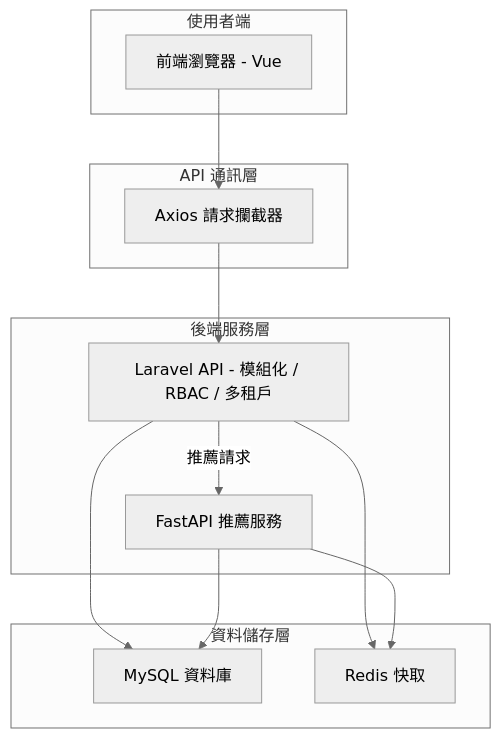
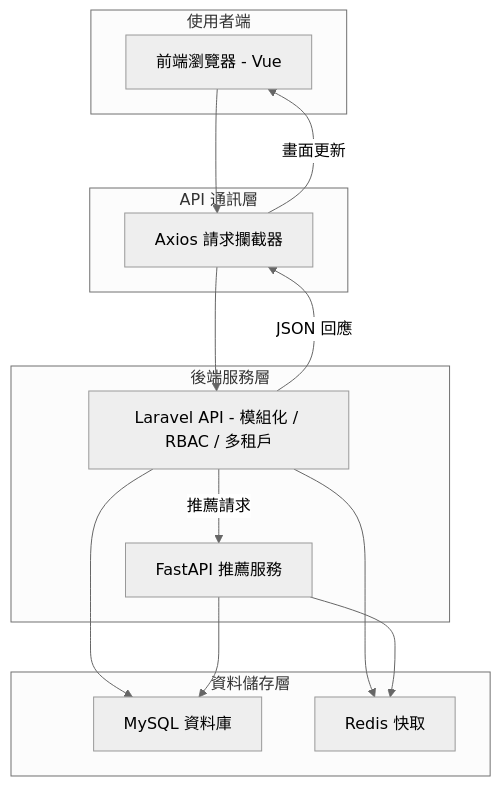
Before and after one commit to BpsEason/modular-dining-system: the diagram in README.md, drawn with Mermaid (neutral theme).

````diff
--- a/README.md
+++ b/README.md
@@ -28,30 +28,31 @@
 ```mermaid
 graph TB
   subgraph 使用者端
     BROWSER[前端瀏覽器 - Vue]
   end
 
   subgraph API 通訊層
     AXIOS[Axios 請求攔截器]
   end
 
   subgraph 後端服務層
     LARAVEL[Laravel API - 模組化 / RBAC / 多租戶]
     FASTAPI[FastAPI 推薦服務]
   end
 
   subgraph 資料儲存層
     MYSQL[MySQL 資料庫]
     REDIS[Redis 快取]
   end
 
   BROWSER --> AXIOS
   AXIOS --> LARAVEL
   LARAVEL -->|推薦請求| FASTAPI
   LARAVEL --> MYSQL
   LARAVEL --> REDIS
   FASTAPI --> REDIS
   FASTAPI --> MYSQL
-
+  LARAVEL -->|JSON 回應| AXIOS
+  AXIOS -->|畫面更新| BROWSER
 
 ```
````
